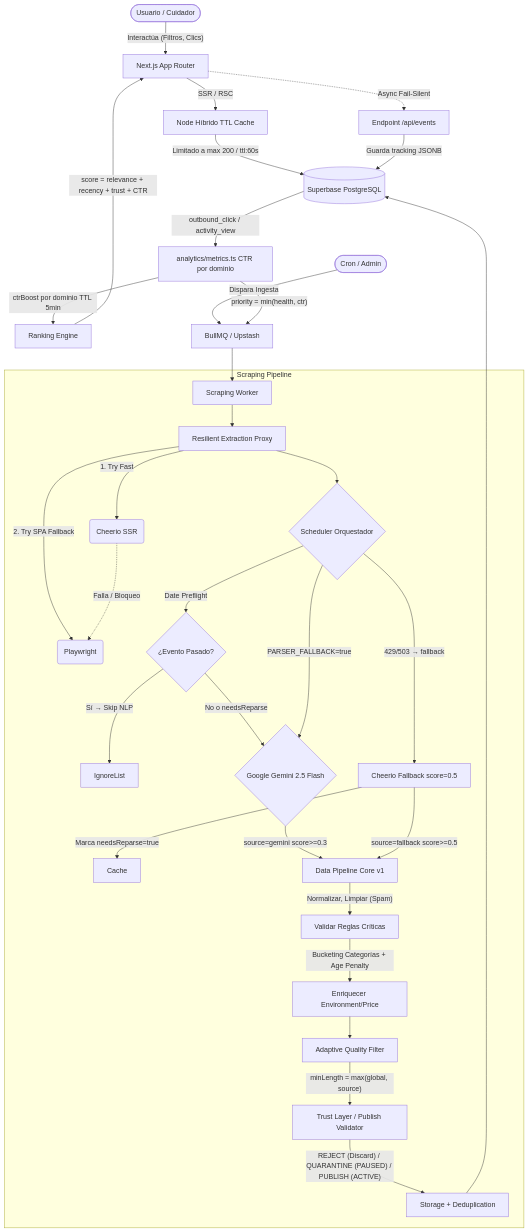
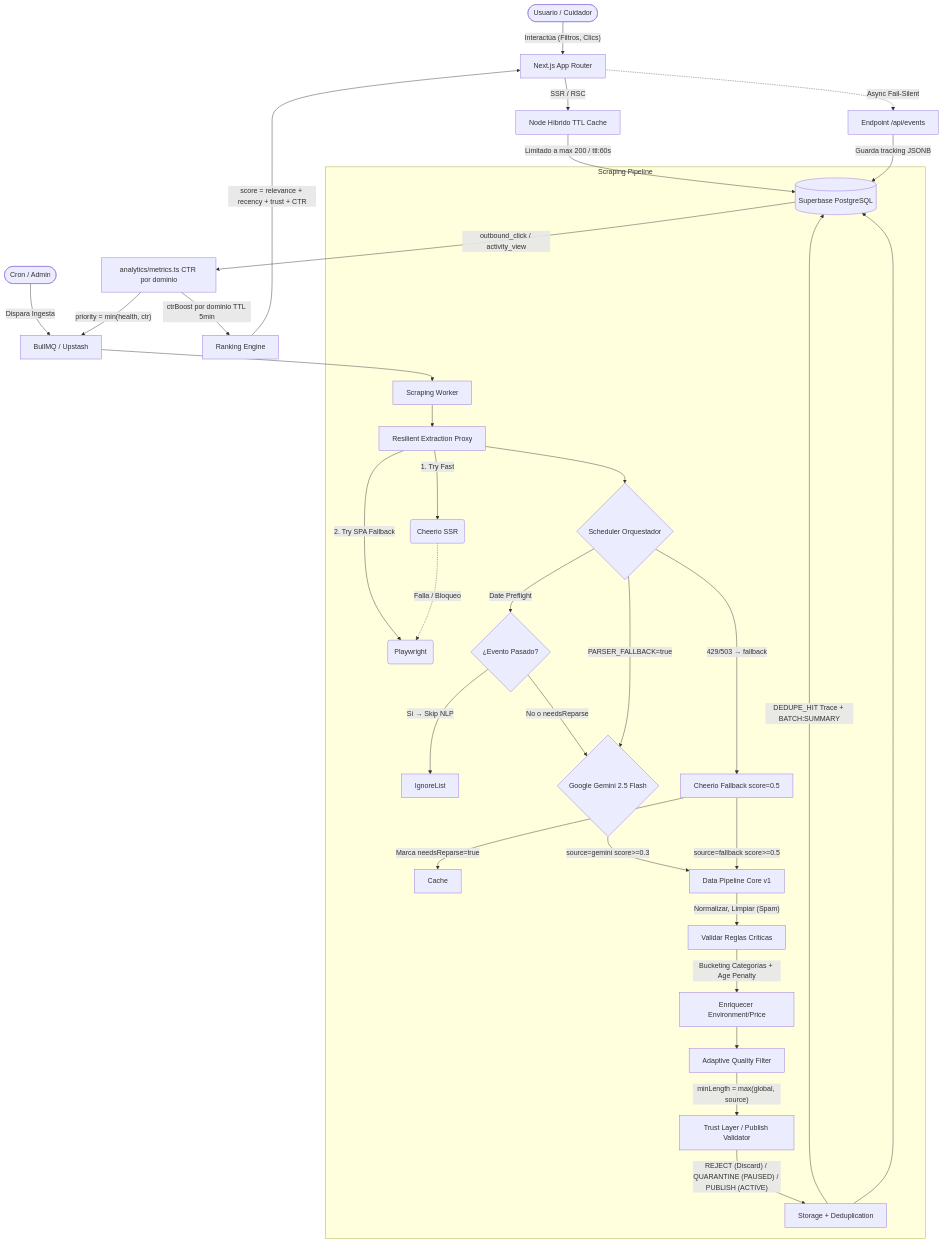
One commit to Darg9/infantia changed the diagram in ARCHITECTURE.md. Above: the diagram before and after it, drawn with Mermaid. The commit also changed other lines of this file and 7 other files, not shown here.

````diff
--- a/ARCHITECTURE.md
+++ b/ARCHITECTURE.md
@@ -18,51 +18,52 @@
 ```mermaid
 flowchart TD
     %% Usuarios y UX
     User([Usuario / Cuidador]) --> |"Interactúa (Filtros, Clics)"| NextJS
     NextJS[Next.js App Router] --> |"SSR / RSC"| HybridCache[Node Híbrido TTL Cache]
     HybridCache --> |"Limitado a max 200 / ttl:60s"| DB[(Superbase PostgreSQL)]
 
     %% Tracker Analytics Zero-Dependency
     NextJS -.-> |"Async Fail-Silent"| EdgeAnalytics[Endpoint /api/events]
     EdgeAnalytics --> |"Guarda tracking JSONB"| DB
 
     %% CTR Feedback Loop (S44)
     DB --> |"outbound_click / activity_view"| CTRMetrics[analytics/metrics.ts CTR por dominio]
     CTRMetrics --> |"ctrBoost por dominio TTL 5min"| RankingEngine[Ranking Engine]
     RankingEngine --> |"score = relevance + recency + trust + CTR"| NextJS
 
     %% Ingesta (Cron / Admin)
     Admin([Cron / Admin]) --> |"Dispara Ingesta"| Queue[BullMQ / Upstash]
     CTRMetrics --> |"priority = min(health, ctr)"| Queue
     Queue --> Worker[Scraping Worker]
 
     %% Resilient Pipeline + Data Pipeline Core v1
     subgraph Scraping Pipeline
        Worker --> Proxy[Resilient Extraction Proxy]
        Proxy --> |"1. Try Fast"| Cheerio(Cheerio SSR)
        Proxy --> |"2. Try SPA Fallback"| Playwright(Playwright)
        Cheerio -.-> |"Falla / Bloqueo"| Playwright
        
        %% Parser Resiliente y Scheduler Inteligente (S52-S55)
        Proxy --> ParserOrch{Scheduler Orquestador}
        ParserOrch --> |"Date Preflight"| PreflightGate{¿Evento Pasado?}
        PreflightGate --> |"Sí → Skip NLP"| IgnoreList
        PreflightGate --> |"No o needsReparse"| NLP{Google Gemini 2.5 Flash}
        
        ParserOrch --> |"PARSER_FALLBACK=true"| NLP
        ParserOrch --> |"429/503 → fallback"| CheerioFallback[Cheerio Fallback score=0.5]
        CheerioFallback --> |"Marca needsReparse=true"| Cache
        NLP --> |"source=gemini score>=0.3"| DataPipeline
        CheerioFallback --> |"source=fallback score>=0.5"| DataPipeline
 
        %% Data Pipeline System V1 & Trust Layer (v0.16.3)
        DataPipeline[Data Pipeline Core v1]
        DataPipeline --> |"Normalizar, Limpiar (Spam)"| DPValidator[Validar Reglas Críticas]
        DPValidator --> |"Bucketing Categorías + Age Penalty"| Enriquecimiento[Enriquecer Environment/Price]
        Enriquecimiento --> AdaptiveFilter[Adaptive Quality Filter]
        AdaptiveFilter --> |"minLength = max(global, source)"| TrustLayer[Trust Layer / Publish Validator]
        TrustLayer --> |"REJECT (Discard) / QUARANTINE (PAUSED) / PUBLISH (ACTIVE)"| StorageLayer[Storage + Deduplication]
+       StorageLayer --> |"DEDUPE_HIT Trace + BATCH:SUMMARY"| DB
     end
 
     StorageLayer --> DB
 ```
````
